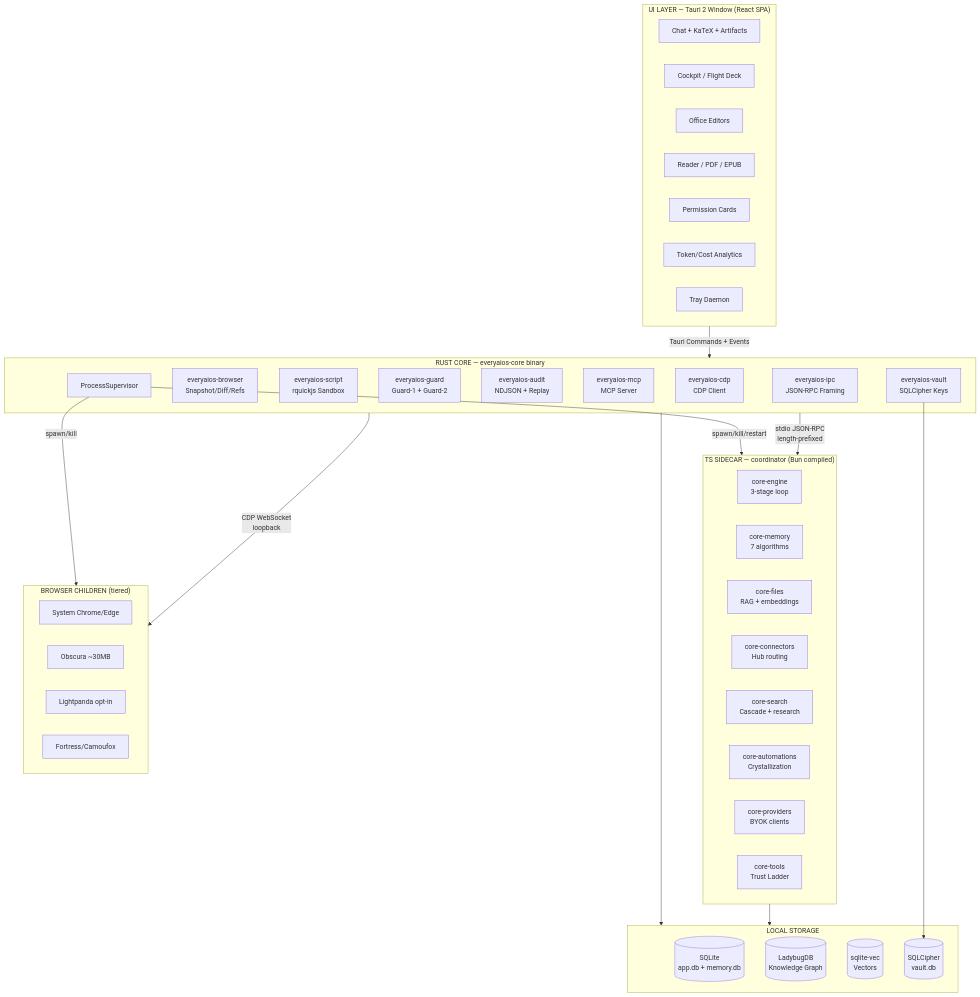
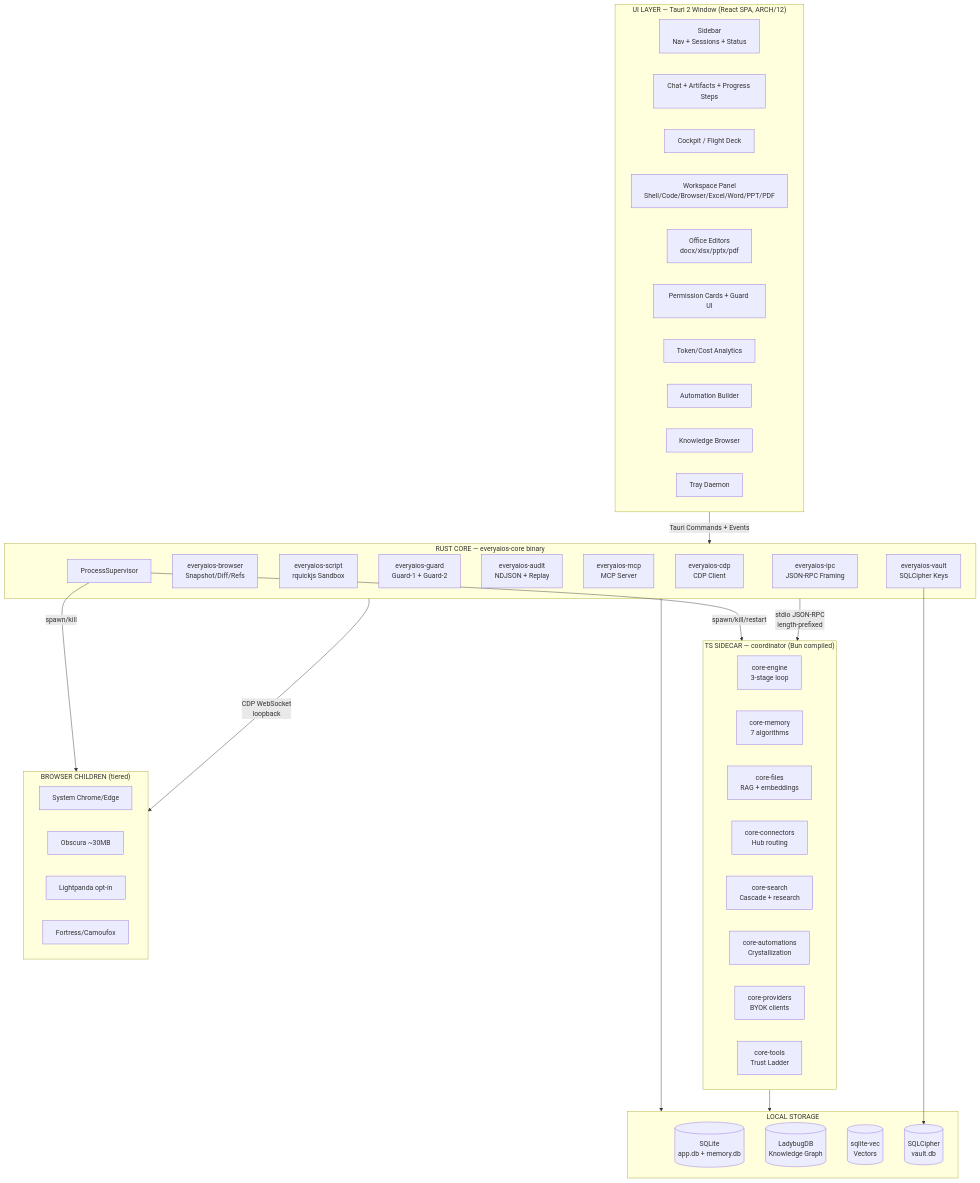
Before and after one commit to sarv-projects/EveryAIOS: the first of 24 diagrams in ARCH/DIAGRAMS.md, drawn with Mermaid. The commit also changed other lines of this file and 45 other files, not shown here.

````diff
--- a/ARCH/DIAGRAMS.md
+++ b/ARCH/DIAGRAMS.md
@@ -10,58 +10,61 @@
 ```mermaid
 graph TB
-    subgraph UI["UI LAYER — Tauri 2 Window (React SPA)"]
-        Chat[Chat + KaTeX + Artifacts]
+    subgraph UI["UI LAYER — Tauri 2 Window (React SPA, ARCH/12)"]
+        Sidebar[Sidebar<br/>Nav + Sessions + Status]
+        Chat[Chat + Artifacts + Progress Steps]
         Cockpit[Cockpit / Flight Deck]
-        Office[Office Editors]
-        Reader[Reader / PDF / EPUB]
-        Perms[Permission Cards]
+        Workspace[Workspace Panel<br/>Shell/Code/Browser/Excel/Word/PPT/PDF]
+        Office[Office Editors<br/>docx/xlsx/pptx/pdf]
+        Perms[Permission Cards + Guard UI]
         Analytics[Token/Cost Analytics]
+        AutoBuilder[Automation Builder]
+        KnowledgeUI[Knowledge Browser]
         Tray[Tray Daemon]
     end
 
     subgraph RustCore["RUST CORE — everyaios-core binary"]
         EosCDP[everyaios-cdp<br/>CDP Client]
         EosBrowser[everyaios-browser<br/>Snapshot/Diff/Refs]
         EosScript[everyaios-script<br/>rquickjs Sandbox]
         EosGuard[everyaios-guard<br/>Guard-1 + Guard-2]
         EosAudit[everyaios-audit<br/>NDJSON + Replay]
         EosMCP[everyaios-mcp<br/>MCP Server]
         EosVault[everyaios-vault<br/>SQLCipher Keys]
         EosIPC[everyaios-ipc<br/>JSON-RPC Framing]
         Supervisor[ProcessSupervisor]
     end
 
     subgraph Sidecar["TS SIDECAR — coordinator (Bun compiled)"]
         Engine[core-engine<br/>3-stage loop]
         Memory[core-memory<br/>7 algorithms]
         Files[core-files<br/>RAG + embeddings]
         Connectors[core-connectors<br/>Hub routing]
         Search[core-search<br/>Cascade + research]
         Auto[core-automations<br/>Crystallization]
         Providers[core-providers<br/>BYOK clients]
         Tools[core-tools<br/>Trust Ladder]
     end
 
     subgraph Browser["BROWSER CHILDREN (tiered)"]
         Chrome[System Chrome/Edge]
         Obscura[Obscura ~30MB]
         Lightpanda[Lightpanda opt-in]
         Stealth[Fortress/Camoufox]
     end
 
     subgraph Storage["LOCAL STORAGE"]
         SQLite[(SQLite<br/>app.db + memory.db)]
         LadybugDB[(LadybugDB<br/>Knowledge Graph)]
         SqliteVec[(sqlite-vec<br/>Vectors)]
         Vault[(SQLCipher<br/>vault.db)]
     end
 
     UI -->|Tauri Commands + Events| RustCore
     RustCore -->|stdio JSON-RPC<br/>length-prefixed| Sidecar
     RustCore -->|CDP WebSocket<br/>loopback| Browser
     Sidecar --> Storage
     RustCore --> Storage
     EosVault --> Vault
     Supervisor -->|spawn/kill/restart| Sidecar
     Supervisor -->|spawn/kill| Browser
 ```
````
